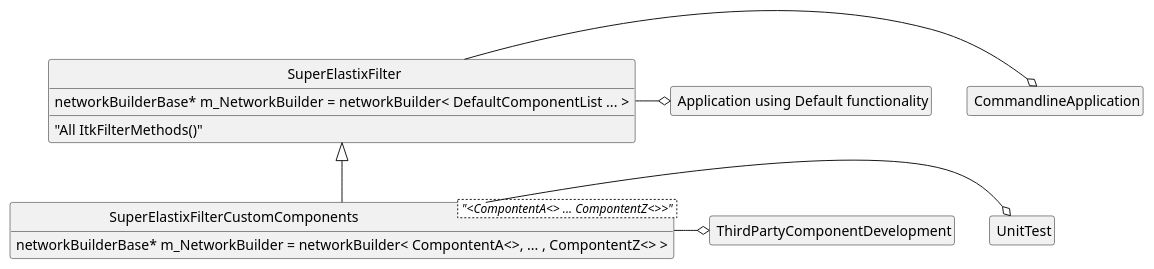
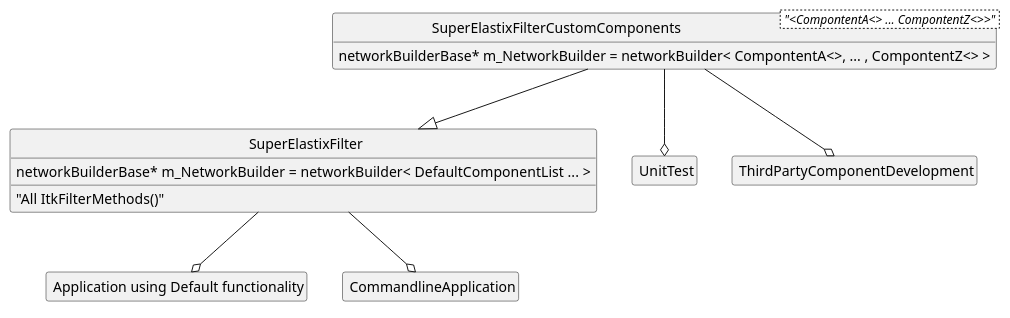
One commit to SuperElastix/SuperElastix-Documentation changed the first of 3 diagrams in source/Development.rst. Above: the diagram before and after it, drawn with PlantUML. The commit also changed other lines of this file and 2 other files, not shown here.

Commit message:
DOC: added uml of cmake module system design; plus static images

```diff
--- a/source/Development.rst
+++ b/source/Development.rst
@@ -44,35 +48,35 @@
     .. uml::
     
           @startuml
           
           'style options 
           skinparam monochrome true
           skinparam circledCharacterRadius 0
           skinparam circledCharacterFontSize 0
           skinparam classAttributeIconSize 0
           hide empty members
           
           class SuperElastixFilterCustomComponents< "<CompontentA<> ... CompontentZ<>>" > {
           networkBuilderBase* m_NetworkBuilder = networkBuilder< CompontentA<>, ... , CompontentZ<> >
           }
           
           class SuperElastixFilter {
           networkBuilderBase* m_NetworkBuilder = networkBuilder< DefaultComponentList ...  >
           "All ItkFilterMethods()"
           }
           
           class "Application using Default functionality"{
           }
           class CommandlineApplication{
           }
           class UnitTest{
           }
           class ThirdPartyComponentDevelopment{
           }
           
-          SuperElastixFilter <|-- SuperElastixFilterCustomComponents
-          SuperElastixFilterCustomComponents -o UnitTest
-          SuperElastixFilterCustomComponents -o ThirdPartyComponentDevelopment
-          SuperElastixFilter -o CommandlineApplication
-          SuperElastixFilter -o "Application using Default functionality"
+          SuperElastixFilterCustomComponents --|> SuperElastixFilter
+          SuperElastixFilterCustomComponents -down-o UnitTest
+          SuperElastixFilterCustomComponents -down-o ThirdPartyComponentDevelopment
+          SuperElastixFilter -down-o CommandlineApplication
+          SuperElastixFilter -down-o "Application using Default functionality"
           @enduml
```
